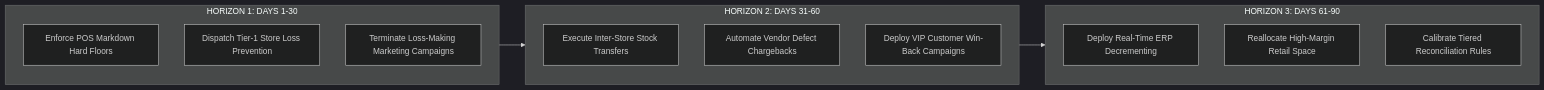
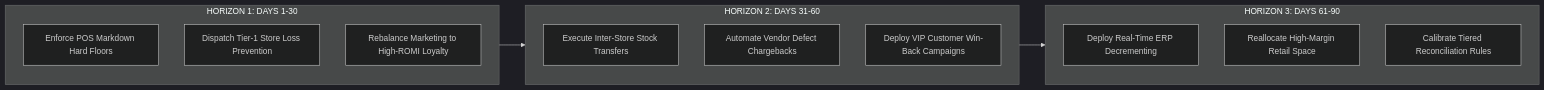
Before and after one commit to Adib6399/Northstar_Retail_Analytics: the diagram in docs/06_sql_business_analysis/stage_6_4_30_60_90_day_roadmap.md, drawn with Mermaid (dark theme). The commit also changed other lines of this file and 2 other files, not shown here.

Commit message:
docs(governance): complete Stage 6.4 targeted governance reconciliation across strategy, roadmap, and scorecard

````diff
--- a/docs/06_sql_business_analysis/stage_6_4_30_60_90_day_roadmap.md
+++ b/docs/06_sql_business_analysis/stage_6_4_30_60_90_day_roadmap.md
@@ -19,25 +19,25 @@
 ```mermaid
 flowchart LR
     subgraph H1["HORIZON 1: DAYS 1-30"]
         direction TB
         A1["Enforce POS Markdown Hard Floors"]
         A2["Dispatch Tier-1 Store Loss Prevention"]
-        A3["Terminate Loss-Making Marketing Campaigns"]
+        A3["Rebalance Marketing to High-ROMI Loyalty"]
     end
     
     subgraph H2["HORIZON 2: DAYS 31-60"]
         direction TB
         B1["Execute Inter-Store Stock Transfers"]
         B2["Automate Vendor Defect Chargebacks"]
         B3["Deploy VIP Customer Win-Back Campaigns"]
     end
     
     subgraph H3["HORIZON 3: DAYS 61-90"]
         direction TB
         C1["Deploy Real-Time ERP Decrementing"]
         C2["Reallocate High-Margin Retail Space"]
         C3["Calibrate Tiered Reconciliation Rules"]
     end
 
     H1 --> H2 --> H3
 ```
````
